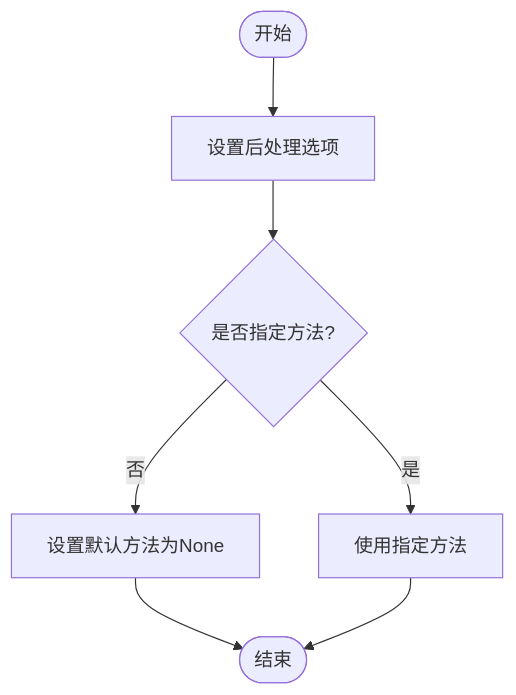
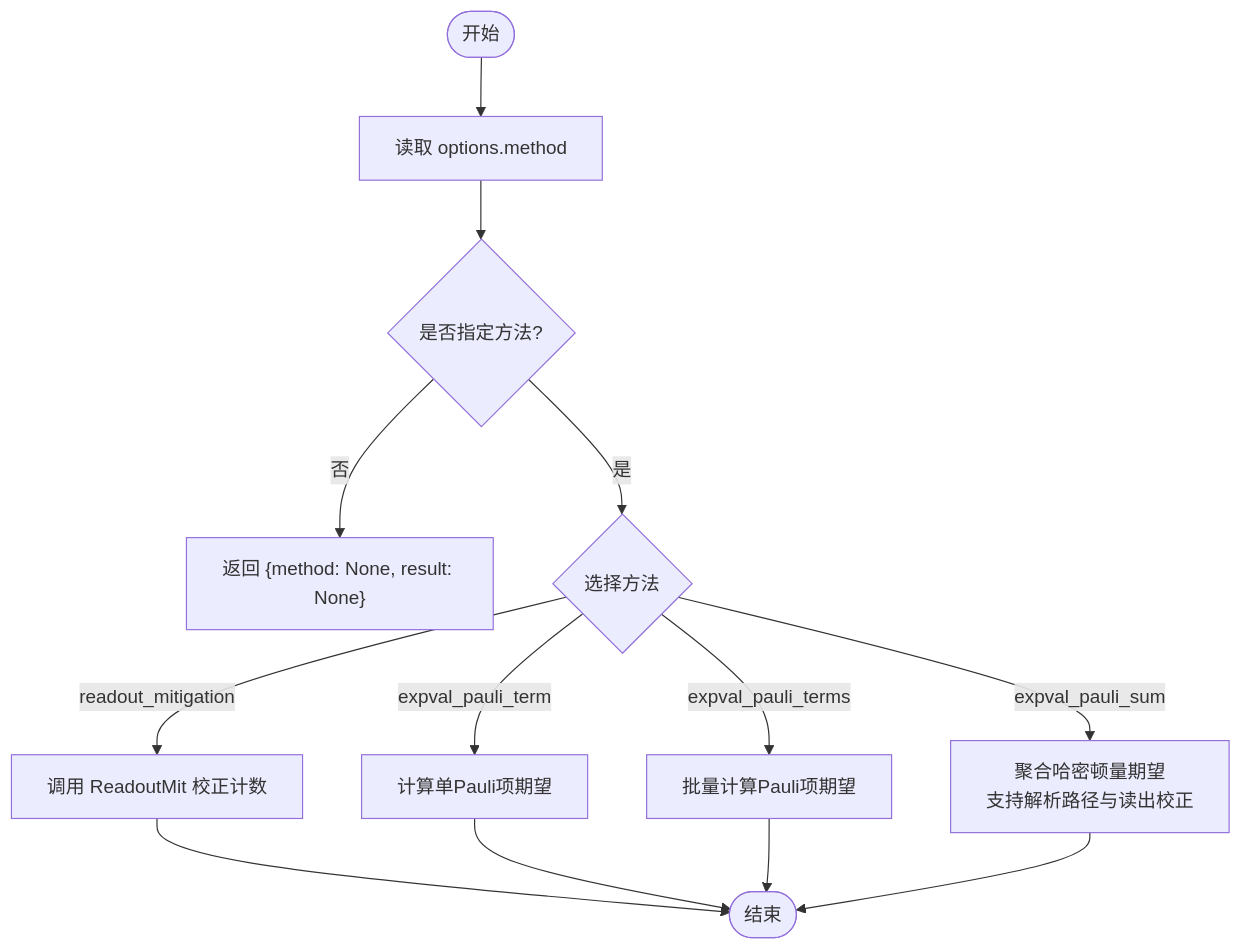
One commit to QureGenAI-Biotech/TyxonQ changed the first of 2 diagrams in .qoder/repowiki/zh/content/后处理模块/后处理模块.md. Above: the diagram before and after it, drawn with Mermaid. The commit also changed other lines of this file and 9 other files, not shown here.

````diff
--- a/.qoder/repowiki/zh/content/后处理模块/后处理模块.md
+++ b/.qoder/repowiki/zh/content/后处理模块/后处理模块.md
@@ -173,9 +72,15 @@
 ```mermaid
 flowchart TD
-Start([开始]) --> SetOptions["设置后处理选项"]
-SetOptions --> CheckMethod{"是否指定方法?"}
-CheckMethod --> |否| SetDefault["设置默认方法为None"]
-CheckMethod --> |是| UseSpecified["使用指定方法"]
-SetDefault --> End([结束])
-UseSpecified --> End
+Start([开始]) --> GetMethod["读取 options.method"]
+GetMethod --> Check{"是否指定方法?"}
+Check --> |否| ReturnNone["返回 {method: None, result: None}"]
+Check --> |是| Dispatch{"选择方法"}
+Dispatch --> |readout_mitigation| RO["调用 ReadoutMit 校正计数"]
+Dispatch --> |expval_pauli_term| E1["计算单Pauli项期望"]
+Dispatch --> |expval_pauli_terms| E2["批量计算Pauli项期望"]
+Dispatch --> |expval_pauli_sum| E3["聚合哈密顿量期望<br/>支持解析路径与读出校正"]
+RO --> End([结束])
+E1 --> End
+E2 --> End
+E3 --> End
 ```
````
